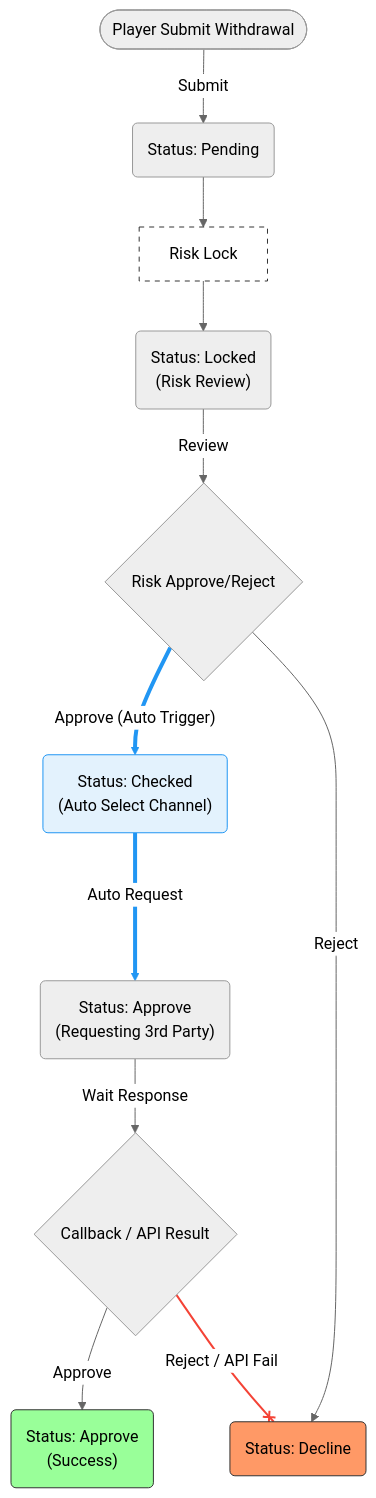
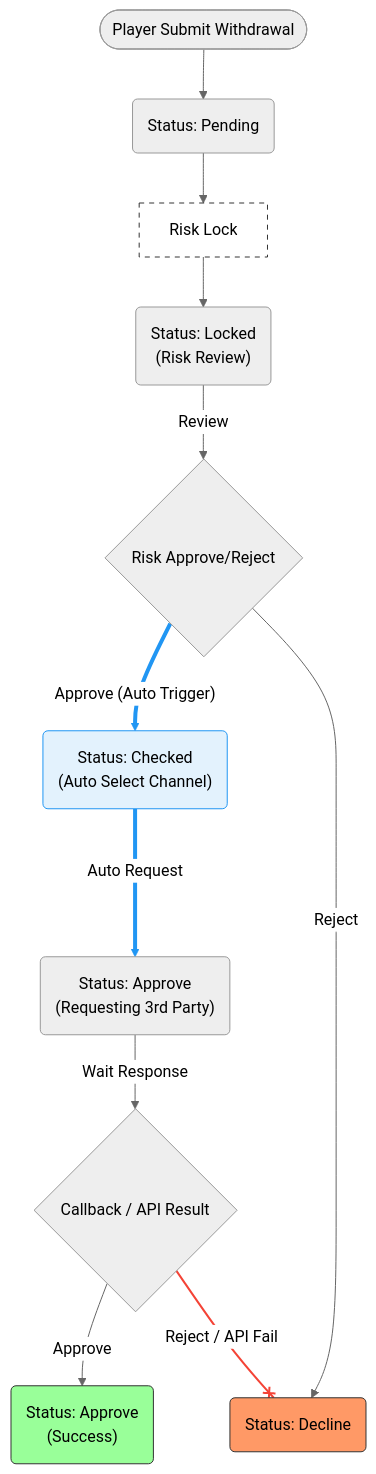
One commit to almightyken0425/SuSuGiGiSpec changed the second of 2 diagrams in no99_archive/sitflowchart.md. Above: the diagram before and after it, drawn with Mermaid (neutral theme). The commit also changed other lines of this file, not shown here.

````diff
--- a/no99_archive/sitflowchart.md
+++ b/no99_archive/sitflowchart.md
@@ -87,58 +87,58 @@
 ```mermaid
 graph TD
     %% 節點定義
     StartAuto(["Player Submit Withdrawal"])
     PendingAuto("Status: Pending")
     
     RiskLockActionBoxAuto["Risk Lock"]
     RiskLockAuto("Status: Locked<br/>(Risk Review)")
     
     RiskActionAuto{"Risk Approve/Reject"}
     ApproveAuto("Status: Checked<br/>(Auto Select Channel)")
     ApproveReqAuto("Status: Approve<br/>(Requesting 3rd Party)")
     DeclineAuto("Status: Decline")
     SuccessAuto("Status: Approve<br/>(Success)")
     CallbackAuto{"Callback / API Result"}
 
-    StartAuto -->|"Submit"| PendingAuto
+    StartAuto --> PendingAuto
     
     PendingAuto --> RiskLockActionBoxAuto
     RiskLockActionBoxAuto --> RiskLockAuto
     
     RiskLockAuto -->|"Review"| RiskActionAuto
     
     %% 高亮自動化路徑
     RiskActionAuto ==>|"Approve (Auto Trigger)"| ApproveAuto
     ApproveAuto ===>|"Auto Request"| ApproveReqAuto
 
     RiskActionAuto -->|"Reject"| DeclineAuto
     
     ApproveReqAuto -->|"Wait Response"| CallbackAuto
 
     CallbackAuto -->|"Approve"| SuccessAuto
     
     %% 高亮報廢路徑
     CallbackAuto --x|"Reject / API Fail"| DeclineAuto
 
     %% 樣式與連結美化
     %% linkStyle 索引 (基於連接線出現順序):
     %% 0: StartAuto -> PendingAuto
     %% 1: PendingAuto -> RiskLockActionBoxAuto
     %% 2: RiskLockActionBoxAuto -> RiskLockAuto
     %% 3: RiskLockAuto -> RiskActionAuto
     %% 4: RiskActionAuto ==> ApproveAuto
     %% 5: ApproveAuto ===> ApproveReqAuto
     %% 6: RiskActionAuto --> DeclineAuto
     %% 7: ApproveReqAuto --> CallbackAuto
     %% 8: CallbackAuto --> SuccessAuto
     %% 9: CallbackAuto --x DeclineAuto
 
     linkStyle 4 stroke:#2196f3,stroke-width:4px;
     linkStyle 5 stroke:#2196f3,stroke-width:4px;
     linkStyle 9 stroke:#f44336,stroke-width:2px;
 
     style DeclineAuto fill:#f96,stroke:#333
     style SuccessAuto fill:#9f9,stroke:#333
     style ApproveAuto fill:#e3f2fd,stroke:#2196f3
     style RiskLockActionBoxAuto fill:#fff,stroke:#333,stroke-dasharray: 5 5
 ```
````
